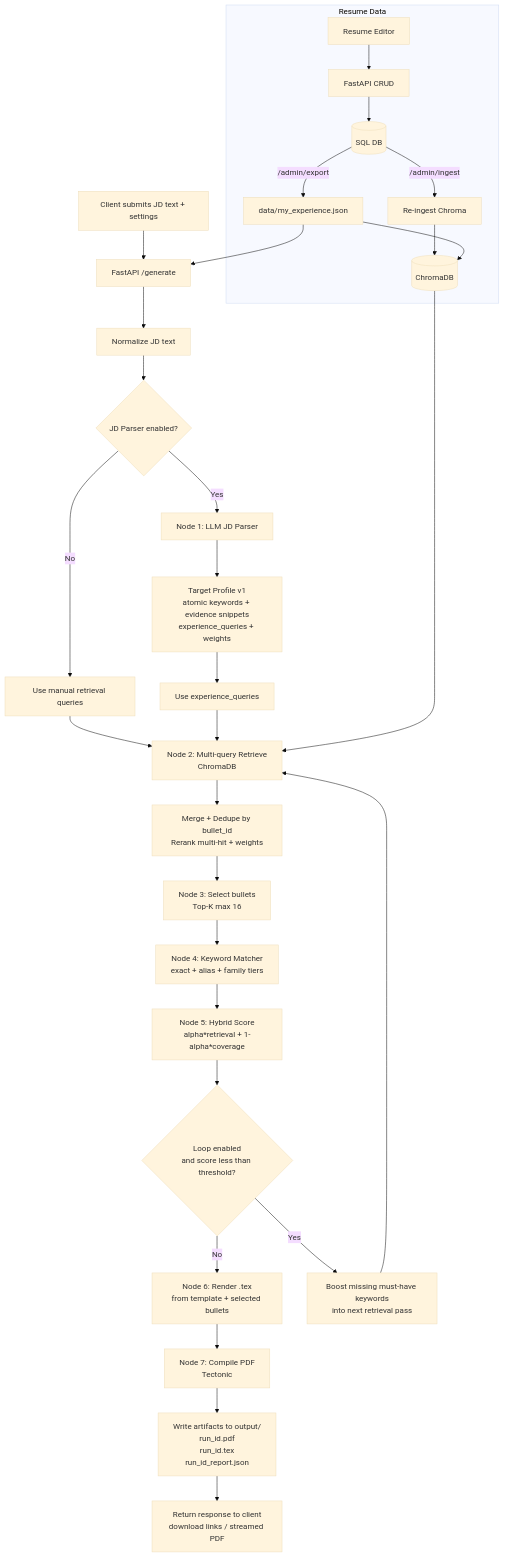
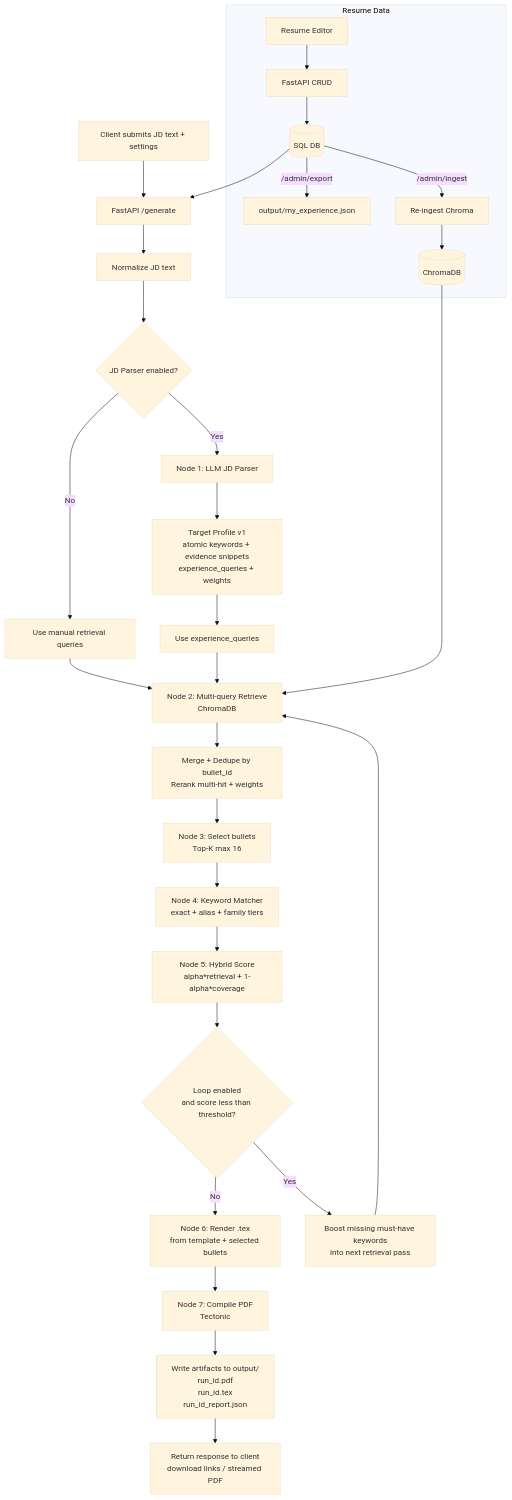
The diagram in README.md (pinkpig777/agentic-resume-tailor), drawn with Mermaid (base theme) before and after one commit. The commit also changed other lines of this file, not shown here.

````diff
--- a/README.md
+++ b/README.md
@@ -433,40 +373,39 @@
 ```mermaid
 flowchart TD
   subgraph Resume_Data[Resume Data]
     UI[Resume Editor] --> CRUD[FastAPI CRUD]
     CRUD --> DB[(SQL DB)]
-    DB -->|/admin/export| JSON[data/my_experience.json]
+    DB -->|/admin/export| JSON[output/my_experience.json]
     DB -->|/admin/ingest| INGEST[Re-ingest Chroma]
     INGEST --> CHROMA[(ChromaDB)]
-    JSON --> CHROMA
   end
 
   A[Client submits JD text + settings] --> B[FastAPI /generate]
-  JSON --> B
+  DB --> B
   B --> C[Normalize JD text]
 
   C --> D{JD Parser enabled?}
   D -- No --> Q0[Use manual retrieval queries]
   D -- Yes --> E[Node 1: LLM JD Parser]
   E --> E1[Target Profile v1<br/>atomic keywords + evidence snippets<br/>experience_queries + weights]
   E1 --> Q1[Use experience_queries]
 
   Q0 --> F[Node 2: Multi-query Retrieve<br/>ChromaDB]
   Q1 --> F
 
   F --> G[Merge + Dedupe by bullet_id<br/>Rerank multi-hit + weights]
   G --> H[Node 3: Select bullets<br/>Top-K max 16]
   H --> I[Node 4: Keyword Matcher<br/>exact + alias + family tiers]
   I --> J[Node 5: Hybrid Score<br/>alpha*retrieval + 1-alpha*coverage]
 
   J --> K{Loop enabled<br/>and score less than threshold?}
   K -- No --> L[Node 6: Render .tex<br/>from template + selected bullets]
   K -- Yes --> M[Boost missing must-have keywords<br/>into next retrieval pass]
   M --> F
 
   L --> N[Node 7: Compile PDF<br/>Tectonic]
   N --> O[Write artifacts to output/<br/>run_id.pdf<br/>run_id.tex<br/>run_id_report.json]
   O --> P[Return response to client<br/>download links / streamed PDF]
 
   CHROMA --> F
 ```
````
